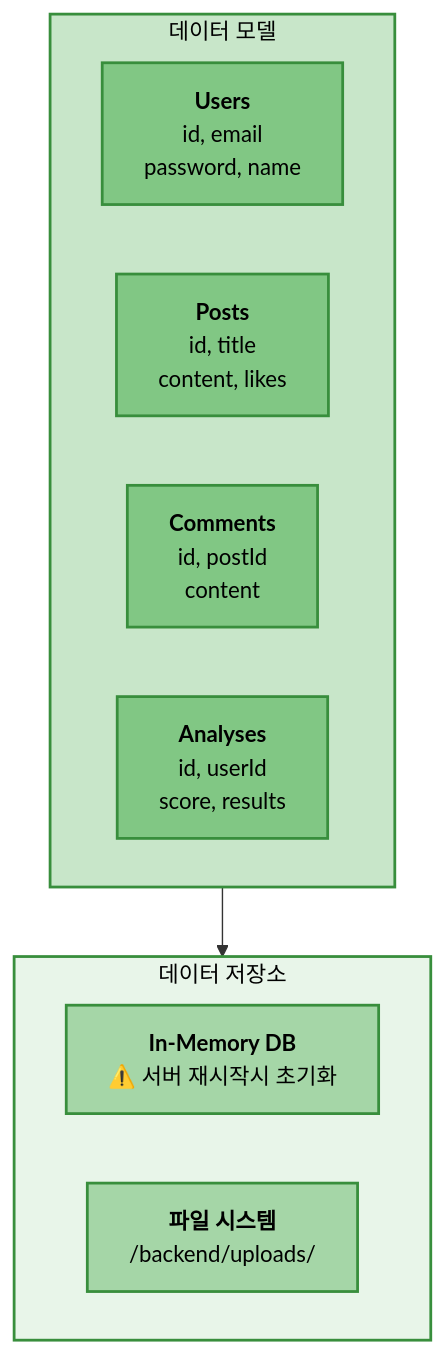
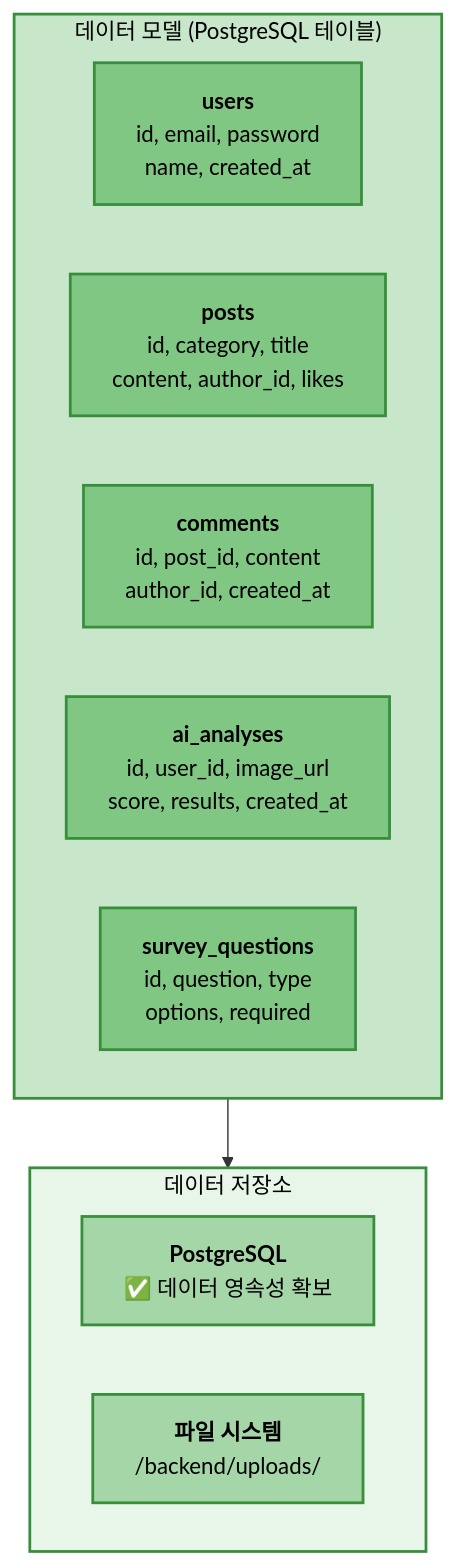
The fourth of 7 diagrams in Architecture.md (kyoe-23/DeepLearning_project), drawn with Mermaid before and after one commit. The commit also changed other lines of this file and 1 other file, not shown here.

````diff
--- a/Architecture.md
+++ b/Architecture.md
@@ -127,27 +127,29 @@
 ```mermaid
 graph TB
     subgraph STORAGE["데이터 저장소"]
         direction LR
-        MEMORY["<b>In-Memory DB</b><br/>⚠️ 서버 재시작시 초기화"]
+        POSTGRES["<b>PostgreSQL</b><br/>✅ 데이터 영속성 확보"]
         FILES["<b>파일 시스템</b><br/>/backend/uploads/"]
     end
 
-    subgraph MODELS["데이터 모델"]
+    subgraph MODELS["데이터 모델 (PostgreSQL 테이블)"]
         direction LR
-        USERS["<b>Users</b><br/>id, email<br/>password, name"]
-        POSTS["<b>Posts</b><br/>id, title<br/>content, likes"]
-        COMMENTS["<b>Comments</b><br/>id, postId<br/>content"]
-        ANALYSES["<b>Analyses</b><br/>id, userId<br/>score, results"]
+        USERS["<b>users</b><br/>id, email, password<br/>name, created_at"]
+        POSTS["<b>posts</b><br/>id, category, title<br/>content, author_id, likes"]
+        COMMENTS["<b>comments</b><br/>id, post_id, content<br/>author_id, created_at"]
+        ANALYSES["<b>ai_analyses</b><br/>id, user_id, image_url<br/>score, results, created_at"]
+        SURVEYS["<b>survey_questions</b><br/>id, question, type<br/>options, required"]
     end
 
     MODELS --> STORAGE
 
     style STORAGE fill:#E8F5E9,stroke:#388E3C,stroke-width:2px,color:#000
     style MODELS fill:#C8E6C9,stroke:#388E3C,stroke-width:2px,color:#000
-    style MEMORY fill:#A5D6A7,stroke:#388E3C,stroke-width:2px,color:#000
+    style POSTGRES fill:#A5D6A7,stroke:#388E3C,stroke-width:2px,color:#000
     style FILES fill:#A5D6A7,stroke:#388E3C,stroke-width:2px,color:#000
     style USERS fill:#81C784,stroke:#388E3C,stroke-width:2px,color:#000
     style POSTS fill:#81C784,stroke:#388E3C,stroke-width:2px,color:#000
     style COMMENTS fill:#81C784,stroke:#388E3C,stroke-width:2px,color:#000
     style ANALYSES fill:#81C784,stroke:#388E3C,stroke-width:2px,color:#000
+    style SURVEYS fill:#81C784,stroke:#388E3C,stroke-width:2px,color:#000
 ```
````
